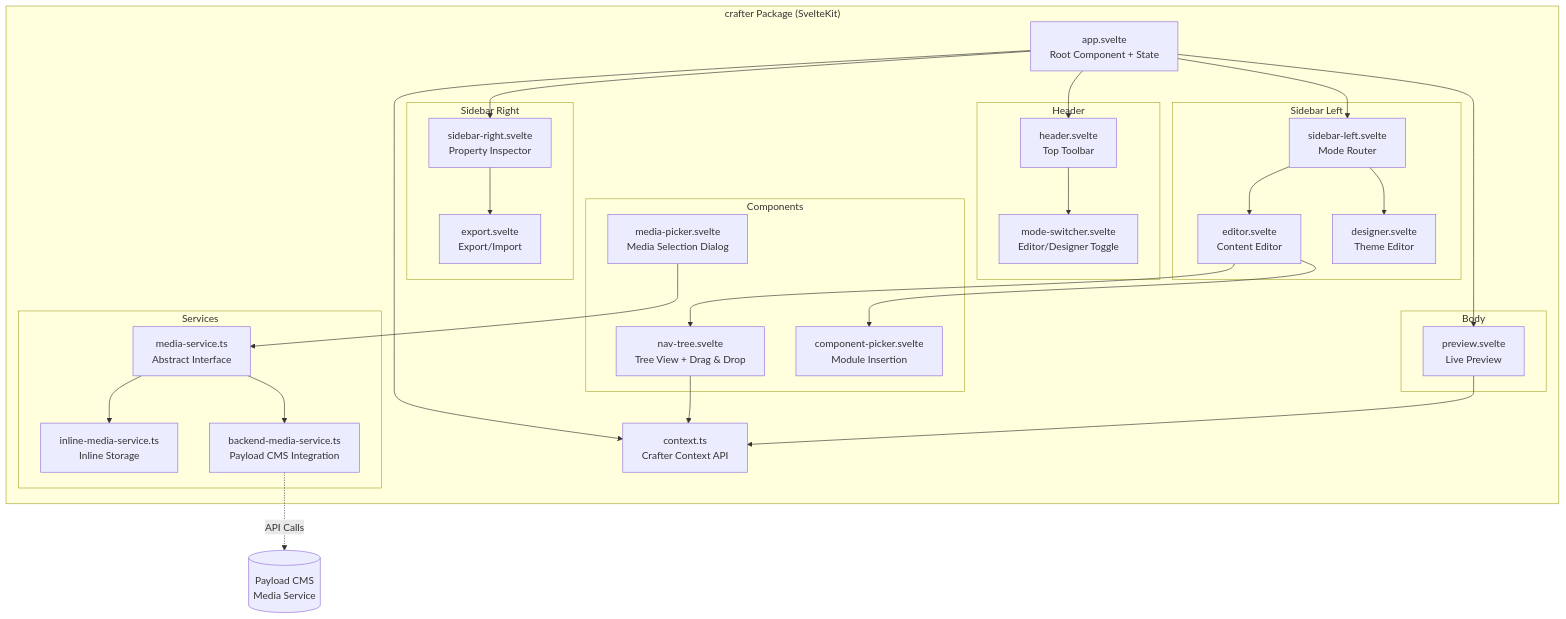
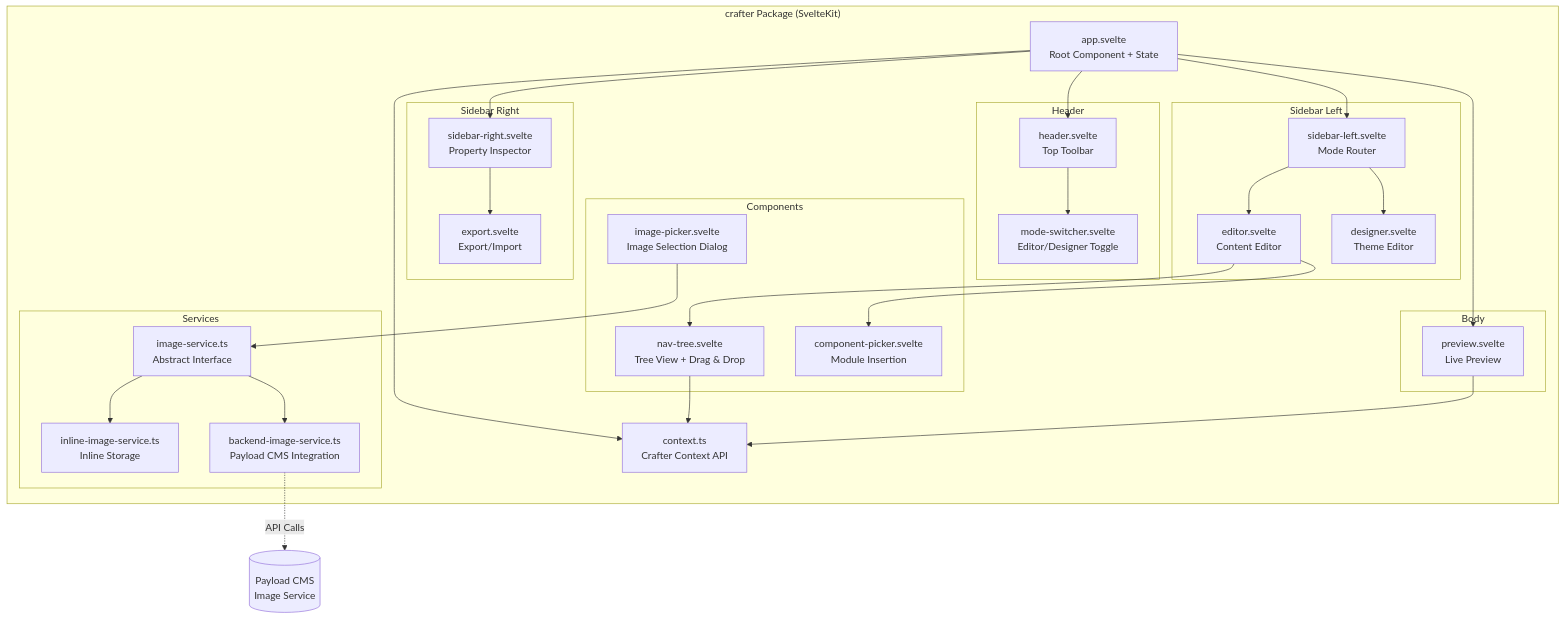
Before and after one commit to mainzcript/ujl: the seventh of 9 diagrams in apps/docs/src/arc42/05-building-block-view.md, drawn with Mermaid. The commit also changed other lines of this file and 11 other files, not shown here.

Commit message:
refactor: rename media terminology to image across documentation and update related configurations

````diff
--- a/apps/docs/src/arc42/05-building-block-view.md
+++ b/apps/docs/src/arc42/05-building-block-view.md
@@ -1099,64 +1062,64 @@
 ```mermaid
 graph TB
     subgraph "crafter Package (SvelteKit)"
         App[app.svelte<br/>Root Component + State]
         Context[context.ts<br/>Crafter Context API]
 
         subgraph "Header"
             HeaderComp[header.svelte<br/>Top Toolbar]
             ModeSwitcher[mode-switcher.svelte<br/>Editor/Designer Toggle]
         end
 
         subgraph "Sidebar Left"
             SidebarLeftComp[sidebar-left.svelte<br/>Mode Router]
             Editor[editor.svelte<br/>Content Editor]
             Designer[designer.svelte<br/>Theme Editor]
         end
 
         subgraph "Body"
             Preview[preview.svelte<br/>Live Preview]
         end
 
         subgraph "Sidebar Right"
             SidebarRightComp[sidebar-right.svelte<br/>Property Inspector]
             Export[export.svelte<br/>Export/Import]
         end
 
         subgraph "Services"
-            MediaService[media-service.ts<br/>Abstract Interface]
-            InlineMedia[inline-media-service.ts<br/>Inline Storage]
-            BackendMedia[backend-media-service.ts<br/>Payload CMS Integration]
+            ImageService[image-service.ts<br/>Abstract Interface]
+            InlineImage[inline-image-service.ts<br/>Inline Storage]
+            BackendImage[backend-image-service.ts<br/>Payload CMS Integration]
         end
 
         subgraph "Components"
             NavTree[nav-tree.svelte<br/>Tree View + Drag & Drop]
-            MediaPicker[media-picker.svelte<br/>Media Selection Dialog]
+            ImagePicker[image-picker.svelte<br/>Image Selection Dialog]
             ComponentPicker[component-picker.svelte<br/>Module Insertion]
         end
     end
 
     App --> Context
     App --> HeaderComp
     App --> SidebarLeftComp
     App --> Preview
     App --> SidebarRightComp
 
     HeaderComp --> ModeSwitcher
 
     SidebarLeftComp --> Editor
     SidebarLeftComp --> Designer
 
     Editor --> NavTree
     Editor --> ComponentPicker
 
     SidebarRightComp --> Export
 
     NavTree --> Context
     Preview --> Context
 
-    MediaPicker --> MediaService
-    MediaService --> InlineMedia
-    MediaService --> BackendMedia
+    ImagePicker --> ImageService
+    ImageService --> InlineImage
+    ImageService --> BackendImage
 
-    BackendMedia -.->|API Calls| PayloadCMS[(Payload CMS<br/>Media Service)]
+    BackendImage -.->|API Calls| PayloadCMS[(Payload CMS<br/>Image Service)]
 ```
````
